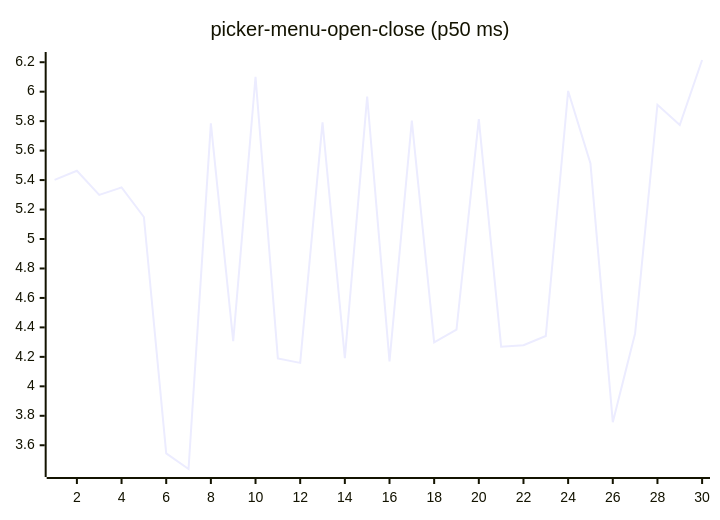
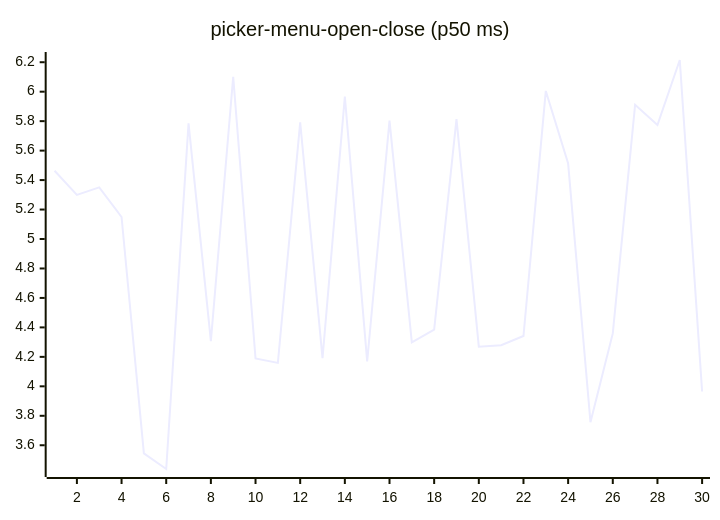
Diagram 16 of 27 in README.md (josha/Facet), drawn with Mermaid before and after one commit. The commit also changed other lines of this file and 2 other files, not shown here.

````diff
--- a/README.md
+++ b/README.md
@@ -168,6 +168,6 @@
 ```mermaid
 xychart-beta
     title "picker-menu-open-close (p50 ms)"
     x-axis 1 --> 30
-    line [5.4017, 5.4631, 5.2994, 5.3502, 5.1493, 3.5447, 3.4388, 5.7846, 4.3066, 6.1012, 4.1897, 4.1591, 5.7919, 4.1912, 5.9674, 4.1698, 5.8037, 4.2981, 4.3851, 5.8139, 4.2694, 4.2792, 4.3416, 6.0052, 5.5122, 3.7566, 4.3593, 5.9114, 5.7740, 6.2151]
+    line [5.4631, 5.2994, 5.3502, 5.1493, 3.5447, 3.4388, 5.7846, 4.3066, 6.1012, 4.1897, 4.1591, 5.7919, 4.1912, 5.9674, 4.1698, 5.8037, 4.2981, 4.3851, 5.8139, 4.2694, 4.2792, 4.3416, 6.0052, 5.5122, 3.7566, 4.3593, 5.9114, 5.7740, 6.2151, 3.9652]
 ```
````
